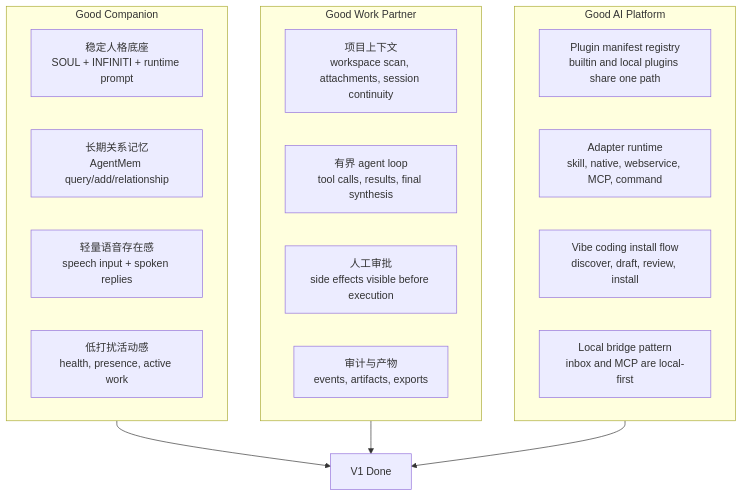
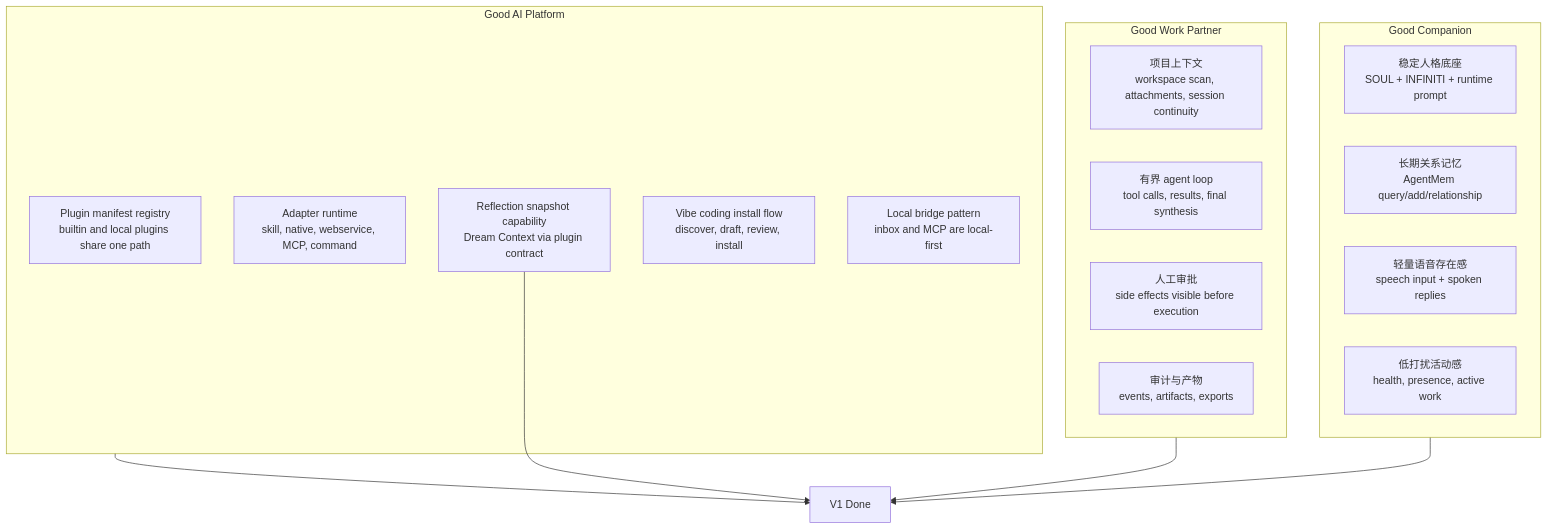
Before and after one commit to stelee410/her-desktop: the fourth of 7 diagrams in docs/her-desktop-architecture.md, drawn with Mermaid. The commit also changed other lines of this file and 8 other files, not shown here.

Commit message:
Expose reflection snapshot as plugin capability

````diff
--- a/docs/her-desktop-architecture.md
+++ b/docs/her-desktop-architecture.md
@@ -271,29 +271,31 @@
 ```mermaid
 flowchart TB
     done["V1 Done"]
 
     subgraph companion["Good Companion"]
         c1["稳定人格底座<br/>SOUL + INFINITI + runtime prompt"]
         c2["长期关系记忆<br/>AgentMem query/add/relationship"]
         c3["轻量语音存在感<br/>speech input + spoken replies"]
         c4["低打扰活动感<br/>health, presence, active work"]
     end
 
     subgraph partner["Good Work Partner"]
         p1["项目上下文<br/>workspace scan, attachments, session continuity"]
         p2["有界 agent loop<br/>tool calls, results, final synthesis"]
         p3["人工审批<br/>side effects visible before execution"]
         p4["审计与产物<br/>events, artifacts, exports"]
     end
 
     subgraph platform["Good AI Platform"]
         e1["Plugin manifest registry<br/>builtin and local plugins share one path"]
         e2["Adapter runtime<br/>skill, native, webservice, MCP, command"]
+        e5["Reflection snapshot capability<br/>Dream Context via plugin contract"]
         e3["Vibe coding install flow<br/>discover, draft, review, install"]
         e4["Local bridge pattern<br/>inbox and MCP are local-first"]
     end
 
     companion --> done
     partner --> done
     platform --> done
+    e5 --> done
 ```
````
